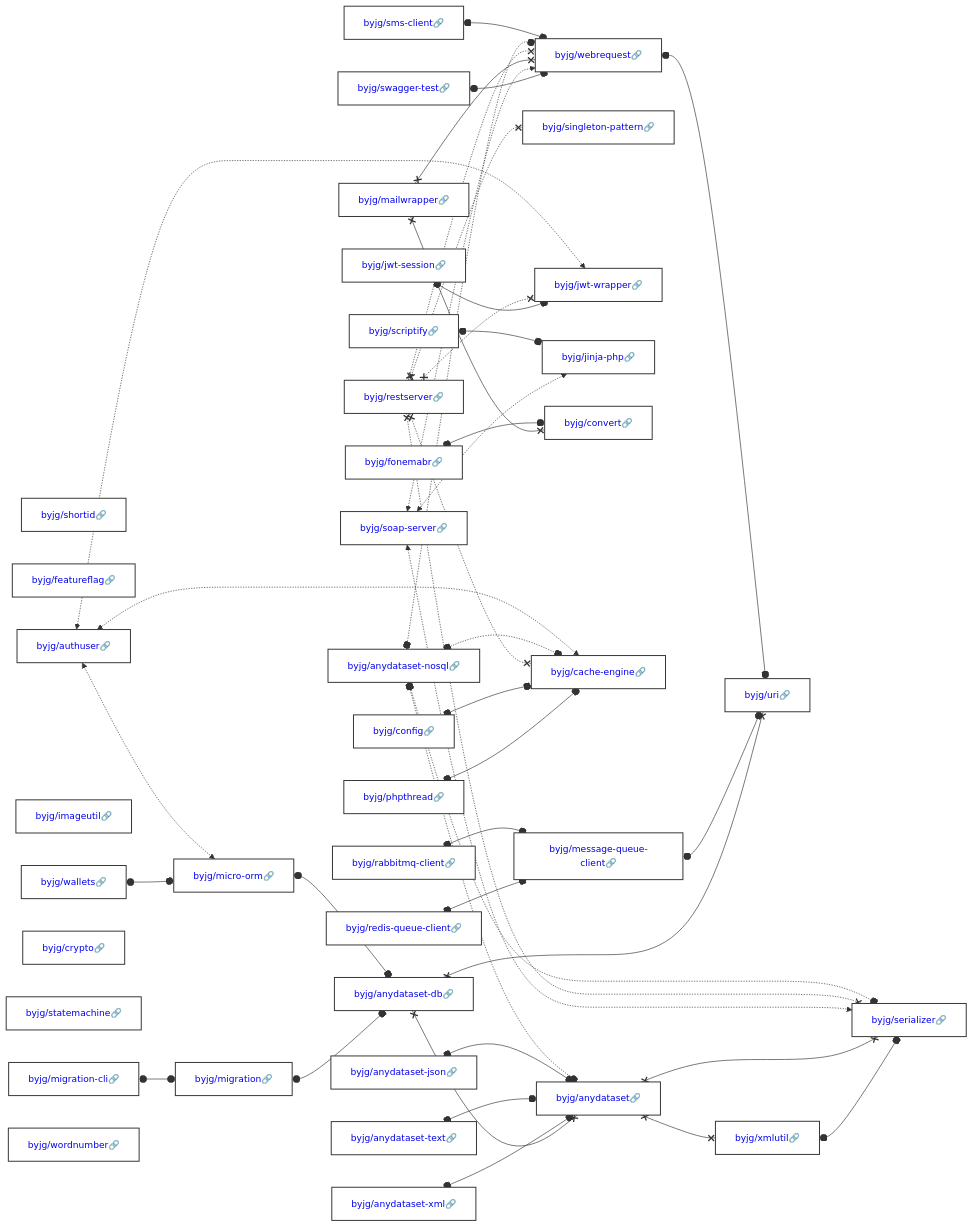
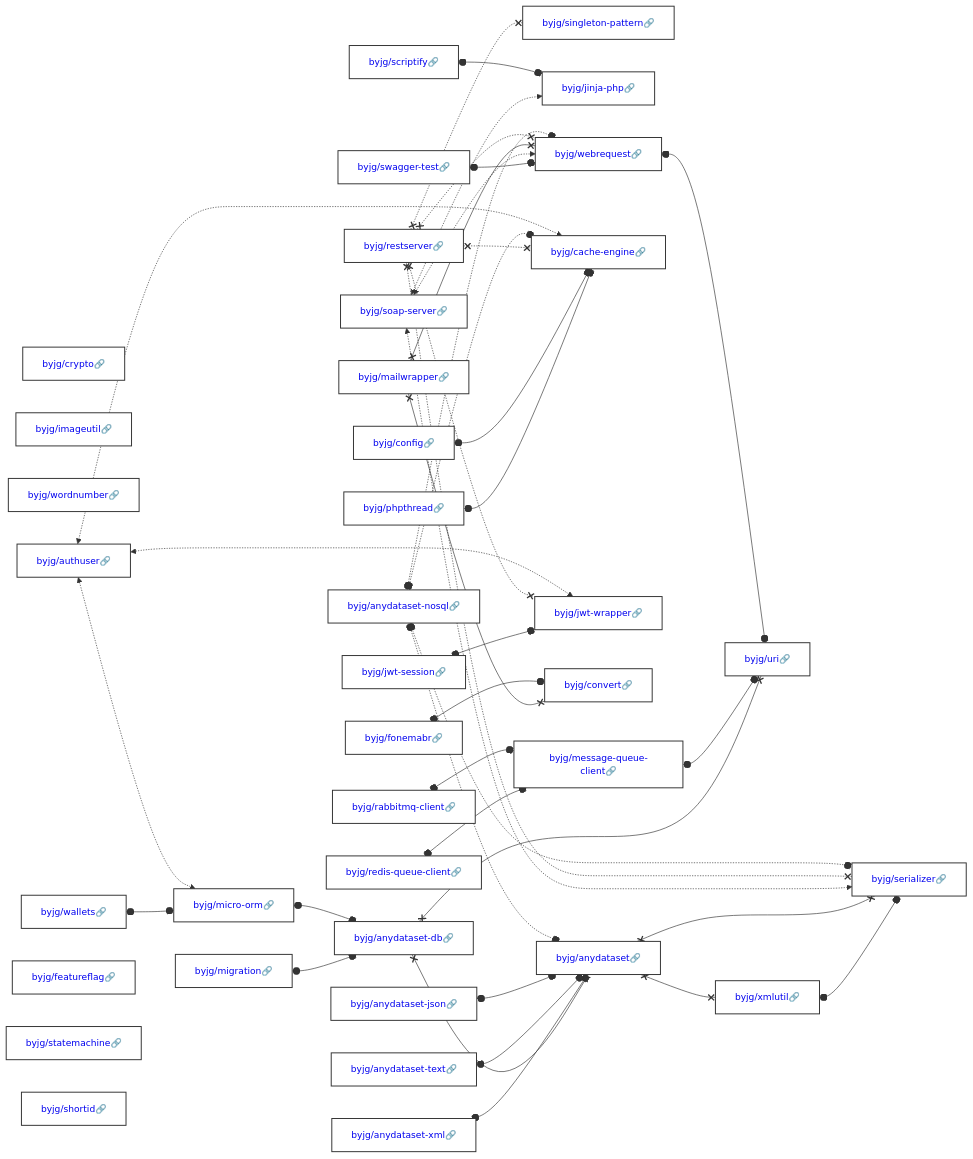
The diagram in docs/php/README.md (byjg/byjg.github.io), drawn with Mermaid before and after one commit. The commit also changed 2 other files, not shown here.

Commit message:
Update documentation 'php' 'php-micro-orm'

````diff
--- a/docs/php/README.md
+++ b/docs/php/README.md
@@ -3,39 +3,37 @@
 ```mermaid
 graph LR;
+  byjg/config[<a href='https://opensource.byjg.com/docs/php/config' style='text-decoration:none'>byjg/config🔗</a>];
+  byjg/crypto[<a href='https://opensource.byjg.com/docs/php/crypto' style='text-decoration:none'>byjg/crypto🔗</a>];
+  byjg/migration[<a href='https://opensource.byjg.com/docs/php/migration' style='text-decoration:none'>byjg/migration🔗</a>];
+  byjg/imageutil[<a href='https://opensource.byjg.com/docs/php/imageutil' style='text-decoration:none'>byjg/imageutil🔗</a>];
+  byjg/anydataset-xml[<a href='https://opensource.byjg.com/docs/php/anydataset-xml' style='text-decoration:none'>byjg/anydataset-xml🔗</a>];
+  byjg/anydataset-text[<a href='https://opensource.byjg.com/docs/php/anydataset-text' style='text-decoration:none'>byjg/anydataset-text🔗</a>];
+  byjg/redis-queue-client[<a href='https://opensource.byjg.com/docs/php/redis-queue-client' style='text-decoration:none'>byjg/redis-queue-client🔗</a>];
+  byjg/wordnumber[<a href='https://opensource.byjg.com/docs/php/wordnumber' style='text-decoration:none'>byjg/wordnumber🔗</a>];
+  byjg/anydataset-json[<a href='https://opensource.byjg.com/docs/php/anydataset-json' style='text-decoration:none'>byjg/anydataset-json🔗</a>];
+  byjg/soap-server[<a href='https://opensource.byjg.com/docs/php/soap-server' style='text-decoration:none'>byjg/soap-server🔗</a>];
+  byjg/phpthread[<a href='https://opensource.byjg.com/docs/php/phpthread' style='text-decoration:none'>byjg/phpthread🔗</a>];
+  byjg/restserver[<a href='https://opensource.byjg.com/docs/php/restserver' style='text-decoration:none'>byjg/restserver🔗</a>];
+  byjg/fonemabr[<a href='https://opensource.byjg.com/docs/php/fonemabr' style='text-decoration:none'>byjg/fonemabr🔗</a>];
+  byjg/swagger-test[<a href='https://opensource.byjg.com/docs/php/swagger-test' style='text-decoration:none'>byjg/swagger-test🔗</a>];
+  byjg/jwt-session[<a href='https://opensource.byjg.com/docs/php/jwt-session' style='text-decoration:none'>byjg/jwt-session🔗</a>];
+  byjg/scriptify[<a href='https://opensource.byjg.com/docs/php/scriptify' style='text-decoration:none'>byjg/scriptify🔗</a>];
+  byjg/rabbitmq-client[<a href='https://opensource.byjg.com/docs/php/rabbitmq-client' style='text-decoration:none'>byjg/rabbitmq-client🔗</a>];
+  byjg/wallets[<a href='https://opensource.byjg.com/docs/php/wallets' style='text-decoration:none'>byjg/wallets🔗</a>];
+  byjg/anydataset-nosql[<a href='https://opensource.byjg.com/docs/php/anydataset-nosql' style='text-decoration:none'>byjg/anydataset-nosql🔗</a>];
+  byjg/authuser[<a href='https://opensource.byjg.com/docs/php/authuser' style='text-decoration:none'>byjg/authuser🔗</a>];
+  byjg/featureflag[<a href='https://opensource.byjg.com/docs/php/featureflag' style='text-decoration:none'>byjg/featureflag🔗</a>];
+  byjg/statemachine[<a href='https://opensource.byjg.com/docs/php/statemachine' style='text-decoration:none'>byjg/statemachine🔗</a>];
   byjg/shortid[<a href='https://opensource.byjg.com/docs/php/shortid' style='text-decoration:none'>byjg/shortid🔗</a>];
-  byjg/featureflag[<a href='https://opensource.byjg.com/docs/php/featureflag' style='text-decoration:none'>byjg/featureflag🔗</a>];
-  byjg/config[<a href='https://opensource.byjg.com/docs/php/config' style='text-decoration:none'>byjg/config🔗</a>];
-  byjg/rabbitmq-client[<a href='https://opensource.byjg.com/docs/php/rabbitmq-client' style='text-decoration:none'>byjg/rabbitmq-client🔗</a>];
-  byjg/authuser[<a href='https://opensource.byjg.com/docs/php/authuser' style='text-decoration:none'>byjg/authuser🔗</a>];
   byjg/mailwrapper[<a href='https://opensource.byjg.com/docs/php/mailwrapper' style='text-decoration:none'>byjg/mailwrapper🔗</a>];
-  byjg/redis-queue-client[<a href='https://opensource.byjg.com/docs/php/redis-queue-client' style='text-decoration:none'>byjg/redis-queue-client🔗</a>];
-  byjg/scriptify[<a href='https://opensource.byjg.com/docs/php/scriptify' style='text-decoration:none'>byjg/scriptify🔗</a>];
-  byjg/anydataset-json[<a href='https://opensource.byjg.com/docs/php/anydataset-json' style='text-decoration:none'>byjg/anydataset-json🔗</a>];
-  byjg/imageutil[<a href='https://opensource.byjg.com/docs/php/imageutil' style='text-decoration:none'>byjg/imageutil🔗</a>];
-  byjg/migration-cli[<a href='https://opensource.byjg.com/docs/php/migration-cli' style='text-decoration:none'>byjg/migration-cli🔗</a>];
-  byjg/restserver[<a href='https://opensource.byjg.com/docs/php/restserver' style='text-decoration:none'>byjg/restserver🔗</a>];
-  byjg/jwt-session[<a href='https://opensource.byjg.com/docs/php/jwt-session' style='text-decoration:none'>byjg/jwt-session🔗</a>];
-  byjg/phpthread[<a href='https://opensource.byjg.com/docs/php/phpthread' style='text-decoration:none'>byjg/phpthread🔗</a>];
-  byjg/soap-server[<a href='https://opensource.byjg.com/docs/php/soap-server' style='text-decoration:none'>byjg/soap-server🔗</a>];
-  byjg/crypto[<a href='https://opensource.byjg.com/docs/php/crypto' style='text-decoration:none'>byjg/crypto🔗</a>];
-  byjg/swagger-test[<a href='https://opensource.byjg.com/docs/php/swagger-test' style='text-decoration:none'>byjg/swagger-test🔗</a>];
-  byjg/fonemabr[<a href='https://opensource.byjg.com/docs/php/fonemabr' style='text-decoration:none'>byjg/fonemabr🔗</a>];
-  byjg/anydataset-text[<a href='https://opensource.byjg.com/docs/php/anydataset-text' style='text-decoration:none'>byjg/anydataset-text🔗</a>];
-  byjg/anydataset-xml[<a href='https://opensource.byjg.com/docs/php/anydataset-xml' style='text-decoration:none'>byjg/anydataset-xml🔗</a>];
-  byjg/anydataset-nosql[<a href='https://opensource.byjg.com/docs/php/anydataset-nosql' style='text-decoration:none'>byjg/anydataset-nosql🔗</a>];
-  byjg/statemachine[<a href='https://opensource.byjg.com/docs/php/statemachine' style='text-decoration:none'>byjg/statemachine🔗</a>];
-  byjg/sms-client[<a href='https://opensource.byjg.com/docs/php/sms-client' style='text-decoration:none'>byjg/sms-client🔗</a>];
-  byjg/wallets[<a href='https://opensource.byjg.com/docs/php/wallets' style='text-decoration:none'>byjg/wallets🔗</a>];
-  byjg/wordnumber[<a href='https://opensource.byjg.com/docs/php/wordnumber' style='text-decoration:none'>byjg/wordnumber🔗</a>];
+  byjg/singleton-pattern[<a href='https://opensource.byjg.com/docs/php/singleton-pattern' style='text-decoration:none'>byjg/singleton-pattern🔗</a>];
+  byjg/jinja-php[<a href='https://opensource.byjg.com/docs/php/jinja-php' style='text-decoration:none'>byjg/jinja-php🔗</a>];
   byjg/message-queue-client[<a href='https://opensource.byjg.com/docs/php/message-queue-client' style='text-decoration:none'>byjg/message-queue-client🔗</a>];
-  byjg/migration[<a href='https://opensource.byjg.com/docs/php/migration' style='text-decoration:none'>byjg/migration🔗</a>];
-  byjg/singleton-pattern[<a href='https://opensource.byjg.com/docs/php/singleton-pattern' style='text-decoration:none'>byjg/singleton-pattern🔗</a>];
+  byjg/micro-orm[<a href='https://opensource.byjg.com/docs/php/micro-orm' style='text-decoration:none'>byjg/micro-orm🔗</a>];
+  byjg/cache-engine[<a href='https://opensource.byjg.com/docs/php/cache-engine' style='text-decoration:none'>byjg/cache-engine🔗</a>];
   byjg/jwt-wrapper[<a href='https://opensource.byjg.com/docs/php/jwt-wrapper' style='text-decoration:none'>byjg/jwt-wrapper🔗</a>];
-  byjg/jinja-php[<a href='https://opensource.byjg.com/docs/php/jinja-php' style='text-decoration:none'>byjg/jinja-php🔗</a>];
   byjg/convert[<a href='https://opensource.byjg.com/docs/php/convert' style='text-decoration:none'>byjg/convert🔗</a>];
-  byjg/cache-engine[<a href='https://opensource.byjg.com/docs/php/cache-engine' style='text-decoration:none'>byjg/cache-engine🔗</a>];
   byjg/webrequest[<a href='https://opensource.byjg.com/docs/php/webrequest' style='text-decoration:none'>byjg/webrequest🔗</a>];
-  byjg/micro-orm[<a href='https://opensource.byjg.com/docs/php/micro-orm' style='text-decoration:none'>byjg/micro-orm🔗</a>];
   byjg/anydataset-db[<a href='https://opensource.byjg.com/docs/php/anydataset-db' style='text-decoration:none'>byjg/anydataset-db🔗</a>];
   byjg/anydataset[<a href='https://opensource.byjg.com/docs/php/anydataset' style='text-decoration:none'>byjg/anydataset🔗</a>];
   byjg/uri[<a href='https://opensource.byjg.com/docs/php/uri' style='text-decoration:none'>byjg/uri🔗</a>];
@@ -57,7 +55,6 @@
   byjg/phpthread o--o byjg/cache-engine;
   byjg/scriptify o--o byjg/jinja-php;
   byjg/webrequest o--o byjg/uri;
-  byjg/migration-cli o--o byjg/migration;
   byjg/jwt-session o--o byjg/jwt-wrapper;
   byjg/fonemabr o--o byjg/convert;
   byjg/redis-queue-client o--o byjg/message-queue-client;
@@ -76,7 +73,6 @@
   byjg/anydataset-nosql o-.-o byjg/serializer;
   byjg/anydataset-nosql o-.-o byjg/webrequest;
   byjg/anydataset-nosql o-.-o byjg/cache-engine;
-  byjg/sms-client o--o byjg/webrequest;
   byjg/authuser <-.-> byjg/micro-orm;
   byjg/authuser <-.-> byjg/cache-engine;
   byjg/authuser <-.-> byjg/jwt-wrapper;
````
